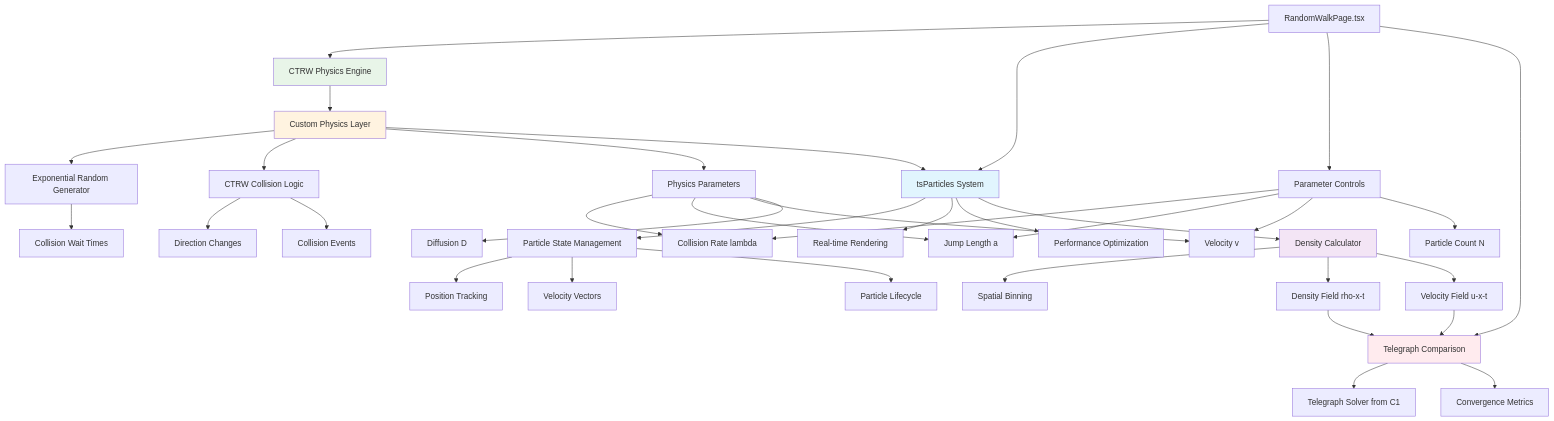
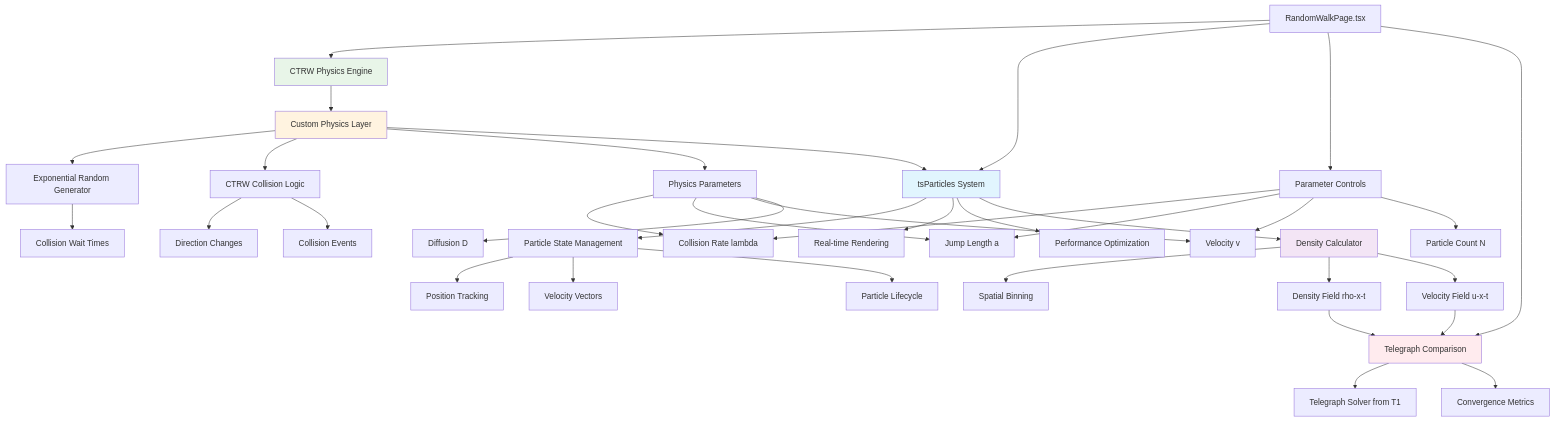
Before and after one commit to space-cadet/qc-diffusion-code: the fifth of 7 diagrams in memory-bank/implementation-details/random-walks-diff-eq.md, drawn with Mermaid. The commit also changed other lines of this file and 208 other files, not shown here.

````diff
--- a/memory-bank/implementation-details/random-walks-diff-eq.md
+++ b/memory-bank/implementation-details/random-walks-diff-eq.md
@@ -101,51 +101,51 @@
 ```mermaid
 graph TD
     A[RandomWalkPage.tsx] --> B[CTRW Physics Engine]
     A --> C[tsParticles System]
     A --> D[Parameter Controls]
     A --> E[Telegraph Comparison]
 
     B --> F[Custom Physics Layer]
     F --> G[Exponential Random Generator]
     F --> H[CTRW Collision Logic]
     F --> I[Physics Parameters]
 
     C --> J[Particle State Management]
     C --> K[Real-time Rendering]
     C --> L[Performance Optimization]
 
     J --> M[Position Tracking]
     J --> N[Velocity Vectors]
     J --> O[Particle Lifecycle]
 
     G --> P[Collision Wait Times]
     H --> Q[Direction Changes]
     H --> R[Collision Events]
 
     I --> S[Collision Rate lambda]
     I --> T[Jump Length a]
     I --> U[Velocity v]
     I --> V[Diffusion D]
 
     D --> S
     D --> T
     D --> U
     D --> W[Particle Count N]
 
     F --> C
     C --> X[Density Calculator]
     X --> Y[Spatial Binning]
     X --> Z[Density Field rho-x-t]
     X --> AA[Velocity Field u-x-t]
 
     Z --> E
     AA --> E
-    E --> BB[Telegraph Solver from C1]
+    E --> BB[Telegraph Solver from T1]
     E --> CC[Convergence Metrics]
 
     style B fill:#e8f5e8
     style F fill:#fff3e0
     style C fill:#e1f5fe
     style X fill:#f3e5f5
     style E fill:#ffebee
 ```
````
